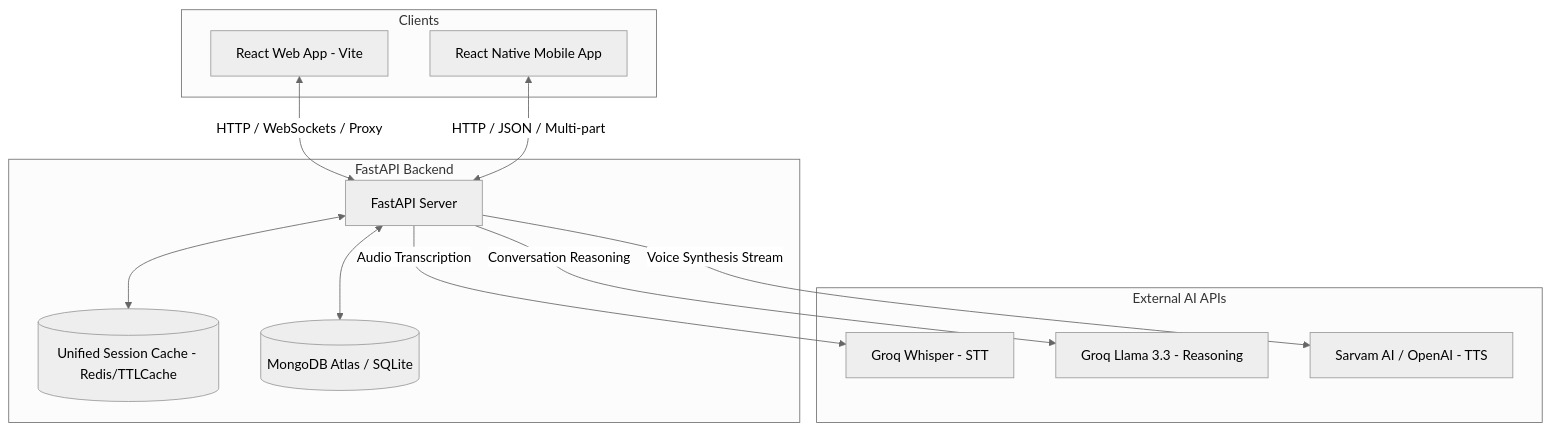
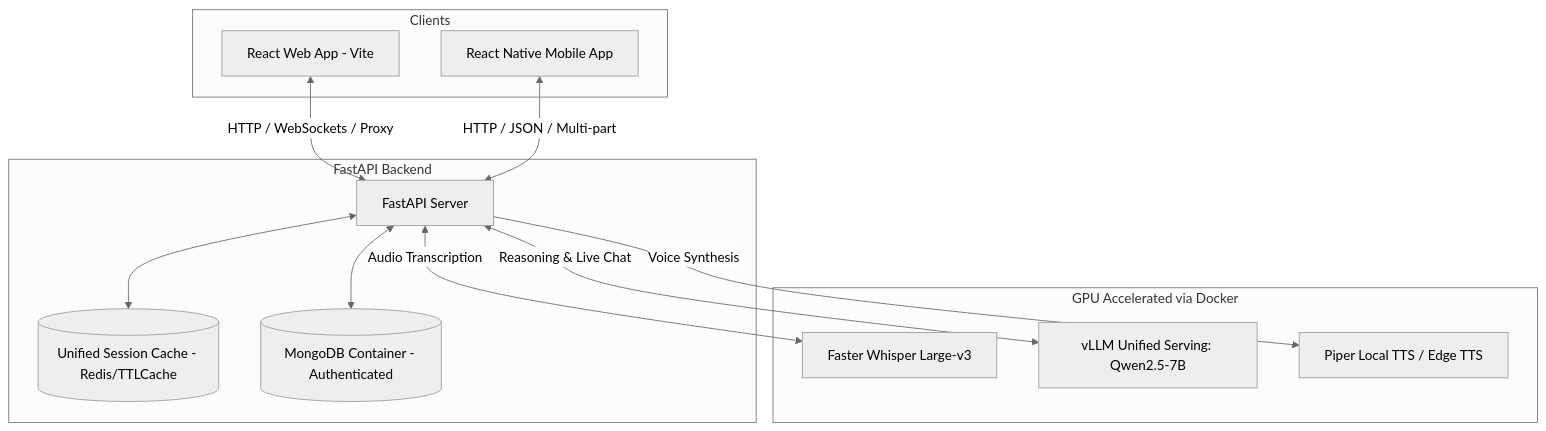
One commit to suyashB45/COACT-AI changed the diagram in README.md. Above: the diagram before and after it, drawn with Mermaid (neutral theme). The commit also changed other lines of this file and 3 other files, not shown here.

Commit message:
feat: transition architecture to fully local GPU-based inference and add automated PDF report generation CLI

````diff
--- a/README.md
+++ b/README.md
@@ -17,29 +17,29 @@
 ```mermaid
 graph TD
     subgraph Clients
         Web[React Web App - Vite]
         Mobile[React Native Mobile App]
     end
 
     subgraph Backend Services [FastAPI Backend]
         API[FastAPI Server]
         Cache[(Unified Session Cache - Redis/TTLCache)]
-        DB[(MongoDB Atlas / SQLite)]
+        DB[(MongoDB Container - Authenticated)]
     end
 
-    subgraph External AI APIs
-        GroqSTT[Groq Whisper - STT]
-        GroqLLM[Groq Llama 3.3 - Reasoning]
-        TTS[Sarvam AI / OpenAI - TTS]
+    subgraph Local AI Engine [GPU Accelerated via Docker]
+        LocalSTT[Faster Whisper Large-v3]
+        UnifiedLLM[vLLM Unified Serving: Qwen2.5-7B]
+        TTS[Piper Local TTS / Edge TTS]
     end
 
     Web <-->|HTTP / WebSockets / Proxy| API
     Mobile <-->|HTTP / JSON / Multi-part| API
     
     API <--> Cache
     API <--> DB
     
-    API -->|Audio Transcription| GroqSTT
-    API -->|Conversation Reasoning| GroqLLM
-    API -->|Voice Synthesis Stream| TTS
+    API <-->|Audio Transcription| LocalSTT
+    API <-->|Reasoning & Live Chat| UnifiedLLM
+    API -->|Voice Synthesis| TTS
 ```
````
